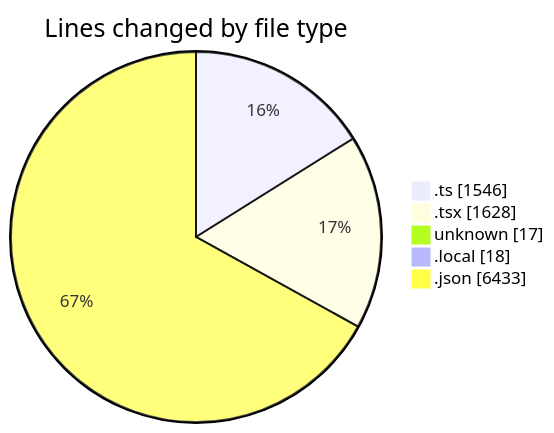
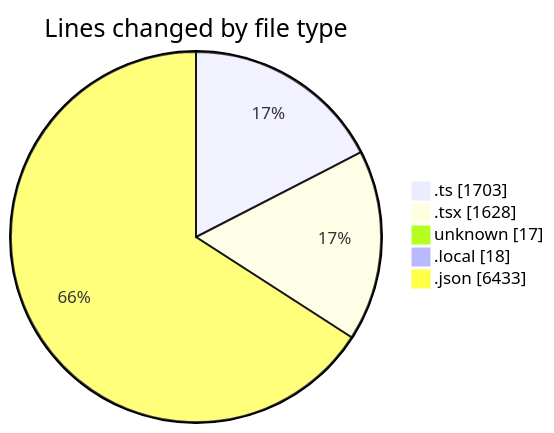
The first of 2 diagrams in 2025-05-16/ecodeli-1/README.md (CELIANVF/code-tracking), drawn with Mermaid before and after one commit. The commit also changed other lines of this file and 1 other file, not shown here.

````diff
--- a/2025-05-16/ecodeli-1/README.md
+++ b/2025-05-16/ecodeli-1/README.md
@@ -39,9 +40,9 @@
 ```mermaid
 pie showData
 title Lines changed by file type
-".ts" : 1546
+".ts" : 1703
 ".tsx" : 1628
 "unknown" : 17
 ".local" : 18
 ".json" : 6433
 ```
````
